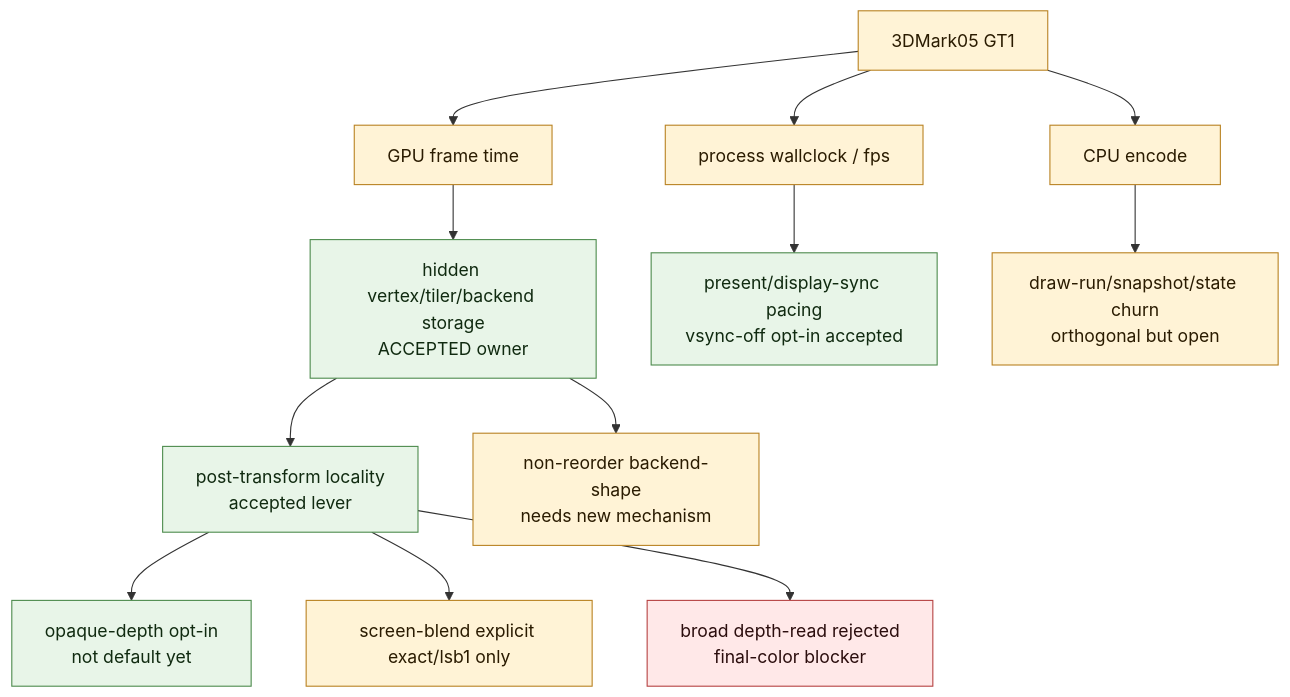
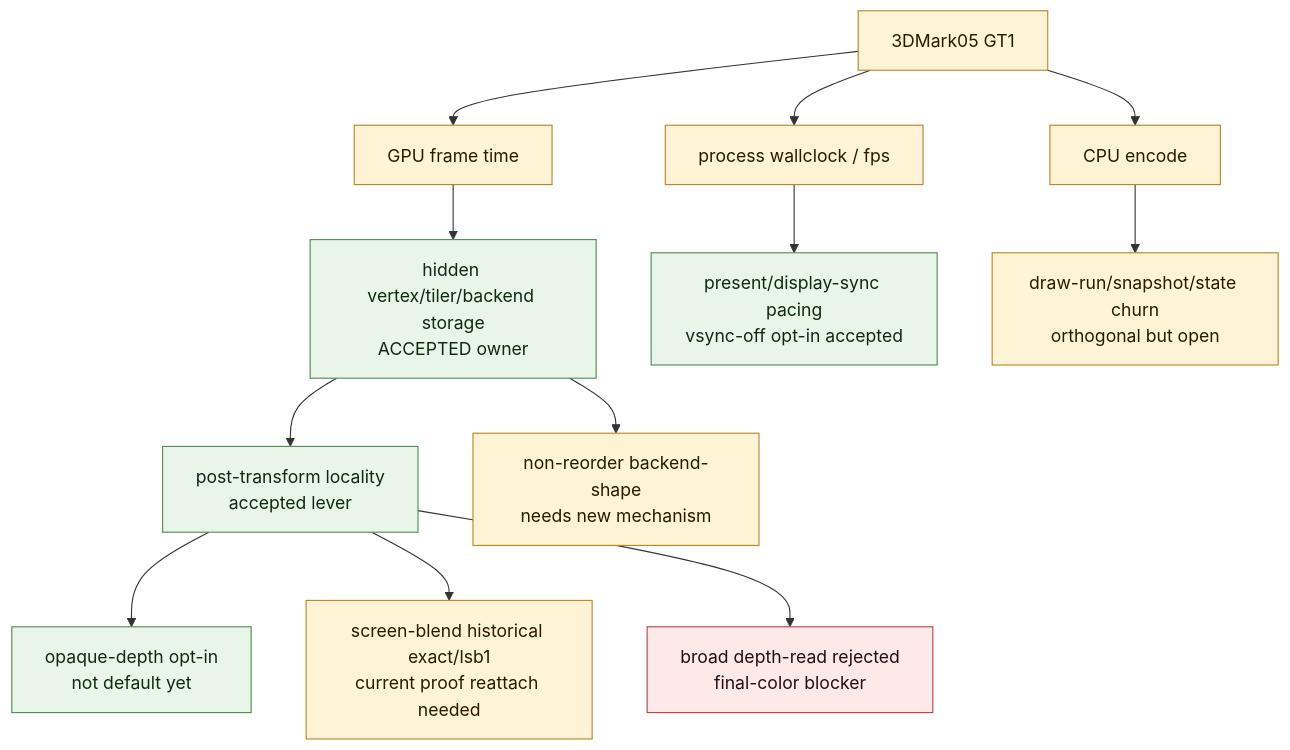
Before and after one commit to dfdgsdfg/dxmt9: the sixth of 12 diagrams in docs/perfomance/overview.md, drawn with Mermaid. The commit also changed other lines of this file and 114 other files, not shown here.

````diff
--- a/docs/perfomance/overview.md
+++ b/docs/perfomance/overview.md
@@ -310,23 +310,23 @@
 ```mermaid
 flowchart TD
   Workload["3DMark05 GT1"] --> GPU["GPU frame time"]
   Workload --> Wall["process wallclock / fps"]
   Workload --> CPU["CPU encode"]
 
   GPU --> Hidden["hidden vertex/tiler/backend storage\nACCEPTED owner"]
   Hidden --> Locality["post-transform locality\naccepted lever"]
   Locality --> Opaque["opaque-depth opt-in\nnot default yet"]
-  Locality --> Screen["screen-blend explicit exact/lsb1 only"]
+  Locality --> Screen["screen-blend historical exact/lsb1\ncurrent proof reattach needed"]
   Locality --> Broad["broad depth-read rejected\nfinal-color blocker"]
   Hidden --> Backend["non-reorder backend-shape\nneeds new mechanism"]
 
   Wall --> Present["present/display-sync pacing\nvsync-off opt-in accepted"]
   CPU --> Encode["draw-run/snapshot/state churn\northogonal but open"]
 
   classDef good fill:#e8f5e8,stroke:#4d8b4d,color:#102a10
   classDef warn fill:#fff3d6,stroke:#b98222,color:#2a1b00
   classDef bad fill:#ffe8e8,stroke:#b64242,color:#2b0d0d
   class Hidden,Locality,Opaque,Present good
   class Workload,GPU,Wall,CPU,Screen,Backend,Encode warn
   class Broad bad
 ```
````
